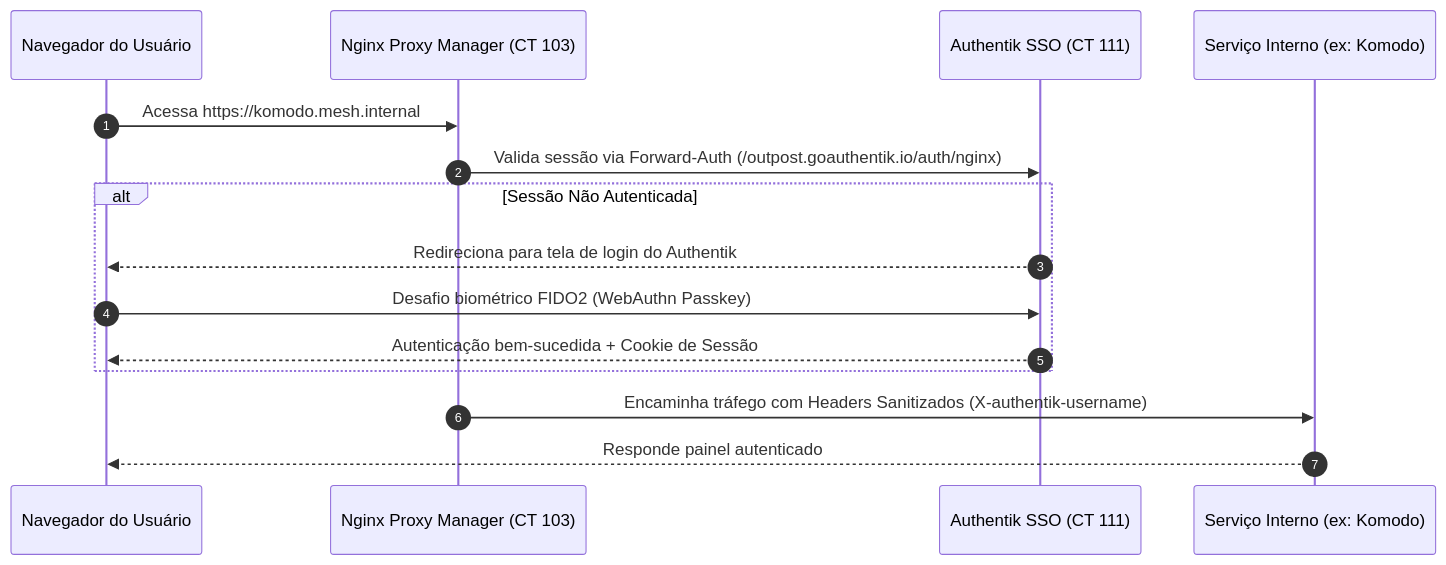
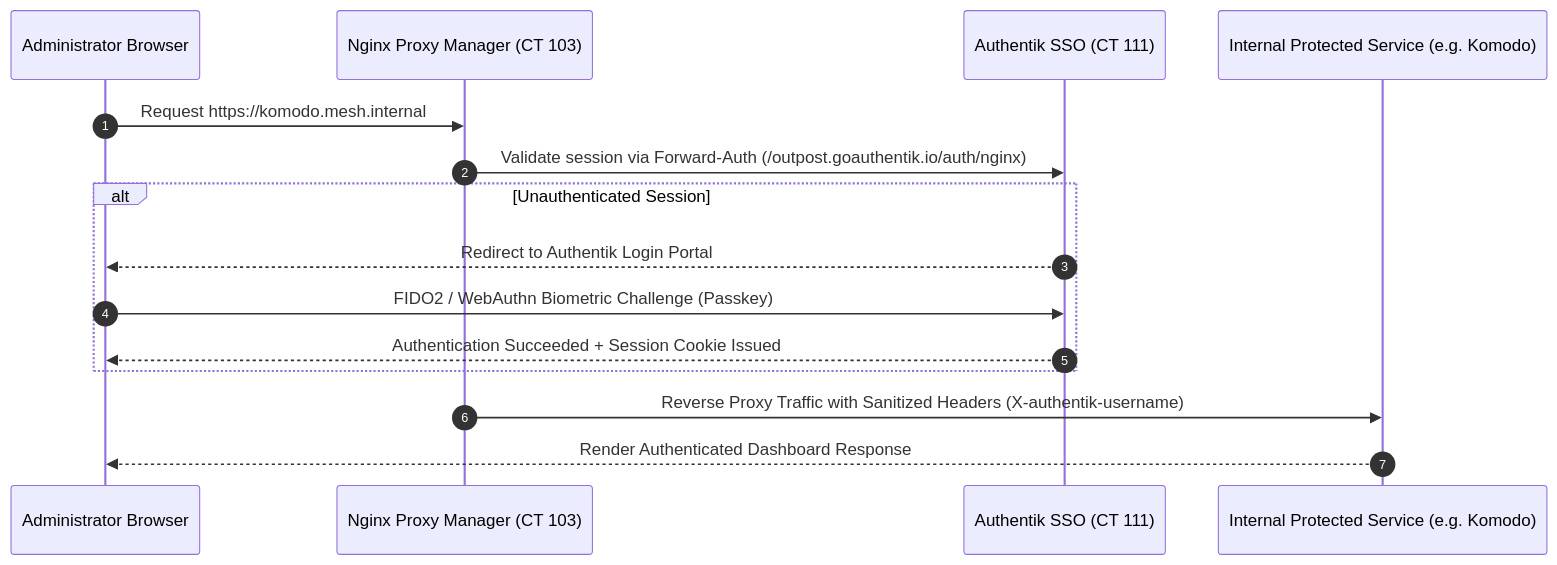
Before and after one commit to Lessa-github/homelab-zero-trust-infra: the diagram in docs/security.md, drawn with Mermaid. The commit also changed other lines of this file and 16 other files, not shown here.

````diff
--- a/docs/security.md
+++ b/docs/security.md
@@ -11,18 +11,18 @@
 ```mermaid
 sequenceDiagram
     autonumber
-    participant Client as Navegador do Usuário
+    participant Client as Administrator Browser
     participant NPM as Nginx Proxy Manager (CT 103)
     participant Auth as Authentik SSO (CT 111)
-    participant App as Serviço Interno (ex: Komodo)
+    participant App as Internal Protected Service (e.g. Komodo)
 
-    Client->>NPM: Acessa https://komodo.mesh.internal
-    NPM->>Auth: Valida sessão via Forward-Auth (/outpost.goauthentik.io/auth/nginx)
-    alt Sessão Não Autenticada
-        Auth-->>Client: Redireciona para tela de login do Authentik
-        Client->>Auth: Desafio biométrico FIDO2 (WebAuthn Passkey)
-        Auth-->>Client: Autenticação bem-sucedida + Cookie de Sessão
+    Client->>NPM: Request https://komodo.mesh.internal
+    NPM->>Auth: Validate session via Forward-Auth (/outpost.goauthentik.io/auth/nginx)
+    alt Unauthenticated Session
+        Auth-->>Client: Redirect to Authentik Login Portal
+        Client->>Auth: FIDO2 / WebAuthn Biometric Challenge (Passkey)
+        Auth-->>Client: Authentication Succeeded + Session Cookie Issued
     end
-    NPM->>App: Encaminha tráfego com Headers Sanitizados (X-authentik-username)
-    App-->>Client: Responde painel autenticado
+    NPM->>App: Reverse Proxy Traffic with Sanitized Headers (X-authentik-username)
+    App-->>Client: Render Authenticated Dashboard Response
 ```
````
